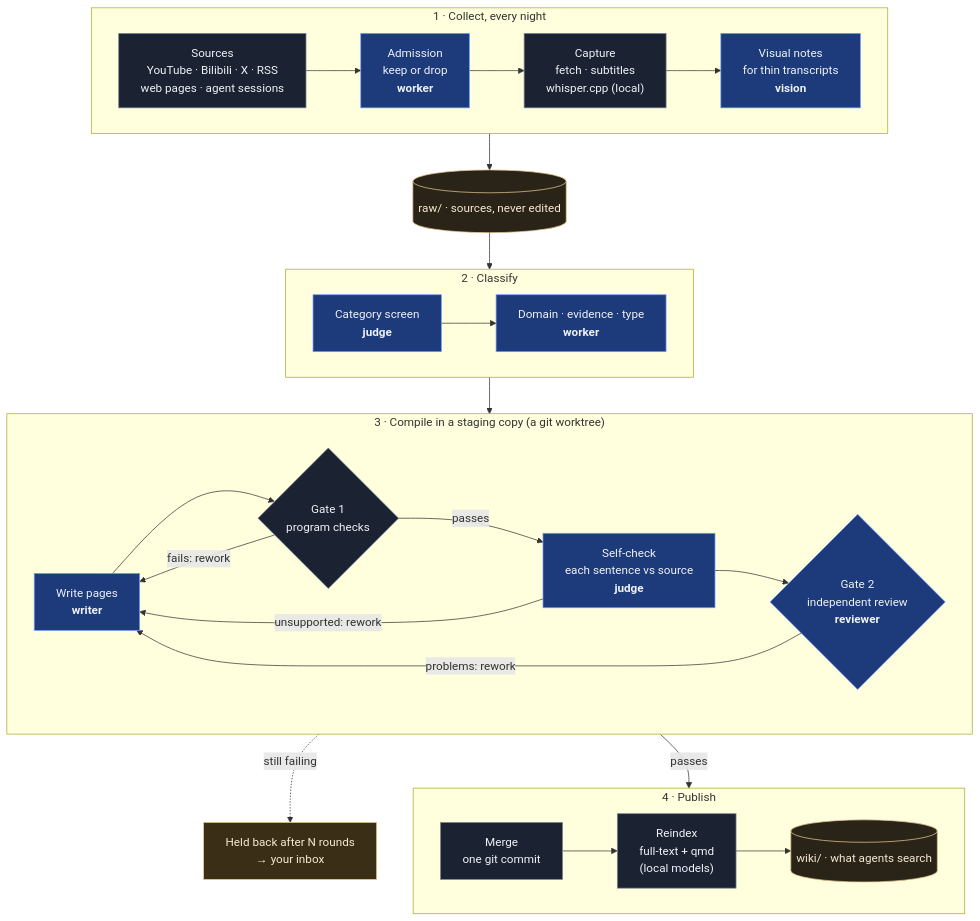
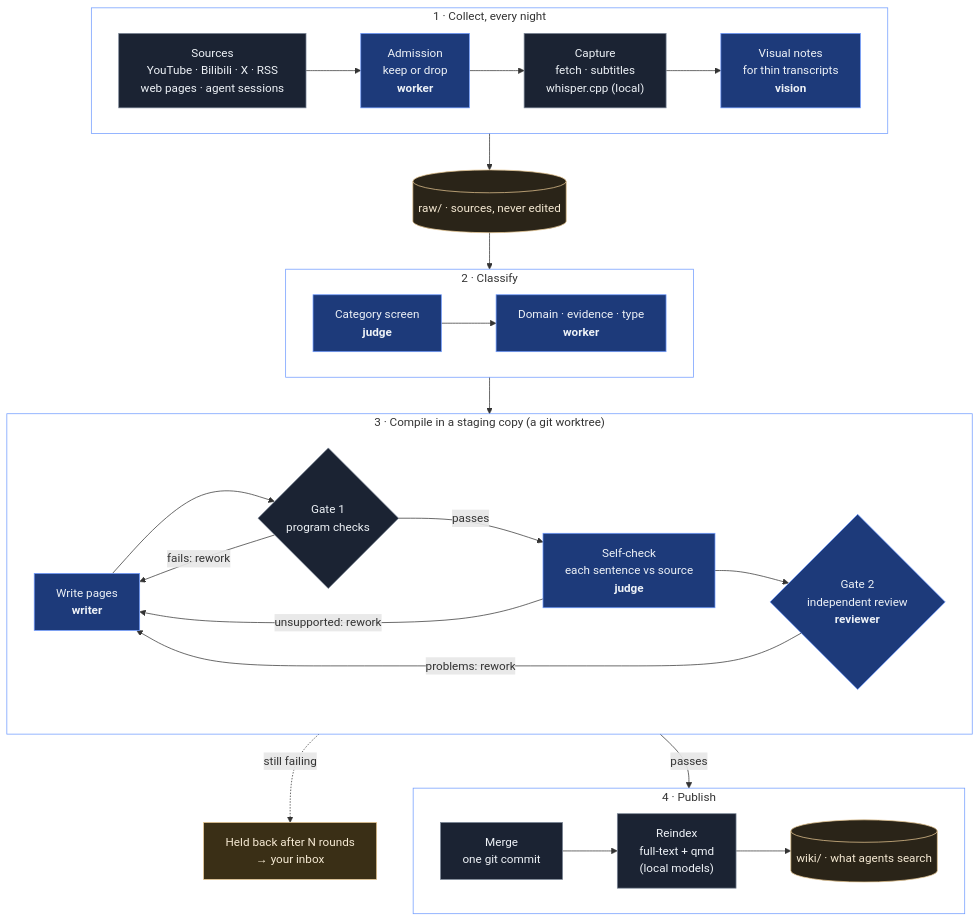
The first of 2 diagrams in README.md (liushengyu/memexos), drawn with Mermaid before and after one commit. The commit also changed other lines of this file and 2 other files, not shown here.

Commit message:
Diagrams: transparent group backgrounds so they read the same in GitHub's light and dark themes

````diff
--- a/README.md
+++ b/README.md
@@ -48,51 +48,55 @@
 ```mermaid
 flowchart TB
   classDef model fill:#1d3a7a,stroke:#6f9bff,color:#eef2f7
   classDef prog fill:#1b2333,stroke:#7b8697,color:#eef2f7
   classDef store fill:#2a2418,stroke:#e7c792,color:#f5e9d3
   classDef human fill:#3a2f16,stroke:#e7c792,color:#f5e9d3
 
   subgraph COLLECT["1 · Collect, every night"]
     direction LR
     SRC["Sources<br/>YouTube · Bilibili · X · RSS<br/>web pages · agent sessions"]:::prog
     ADM["Admission<br/>keep or drop<br/><b>worker</b>"]:::model
     CAP["Capture<br/>fetch · subtitles<br/>whisper.cpp (local)"]:::prog
     VIS["Visual notes<br/>for thin transcripts<br/><b>vision</b>"]:::model
     SRC --> ADM --> CAP --> VIS
   end
 
   RAW[("raw/ · sources, never edited")]:::store
 
   subgraph SORT["2 · Classify"]
     direction LR
     SCR["Category screen<br/><b>judge</b>"]:::model
     CLS["Domain · evidence · type<br/><b>worker</b>"]:::model
     SCR --> CLS
   end
 
   subgraph COMPILE["3 · Compile in a staging copy (a git worktree)"]
     direction LR
     WR["Write pages<br/><b>writer</b>"]:::model
     G1{"Gate 1<br/>program checks"}:::prog
     SC["Self-check<br/>each sentence vs source<br/><b>judge</b>"]:::model
     G2{"Gate 2<br/>independent review<br/><b>reviewer</b>"}:::model
     WR --> G1 -- "passes" --> SC --> G2
     G1 -- "fails: rework" --> WR
     SC -- "unsupported: rework" --> WR
     G2 -- "problems: rework" --> WR
   end
 
   subgraph PUBLISH["4 · Publish"]
     direction LR
     PUB["Merge<br/>one git commit"]:::prog
     IDX["Reindex<br/>full-text + qmd<br/>(local models)"]:::prog
     WIKI[("wiki/ · what agents search")]:::store
     PUB --> IDX --> WIKI
   end
 
   HOLD["Held back after N rounds<br/>→ your inbox"]:::human
 
   COLLECT --> RAW --> SORT --> COMPILE
   G2 -- "passes" --> PUB
   G2 -. "still failing" .-> HOLD
+  style COLLECT fill:none,stroke:#6f9bff,stroke-width:1px
+  style SORT fill:none,stroke:#6f9bff,stroke-width:1px
+  style COMPILE fill:none,stroke:#6f9bff,stroke-width:1px
+  style PUBLISH fill:none,stroke:#6f9bff,stroke-width:1px
 ```
````
